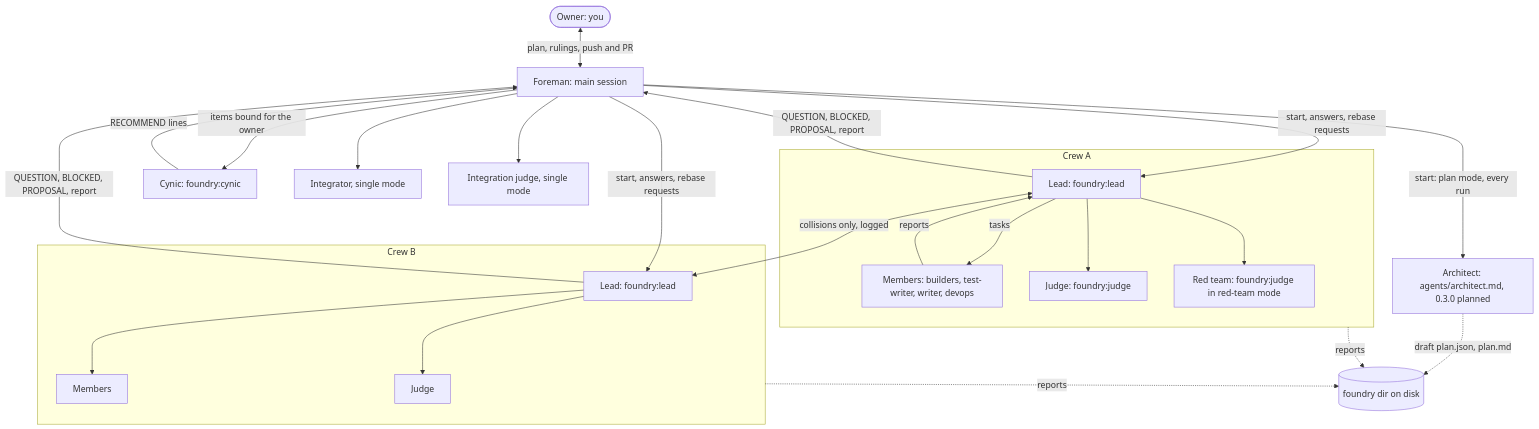
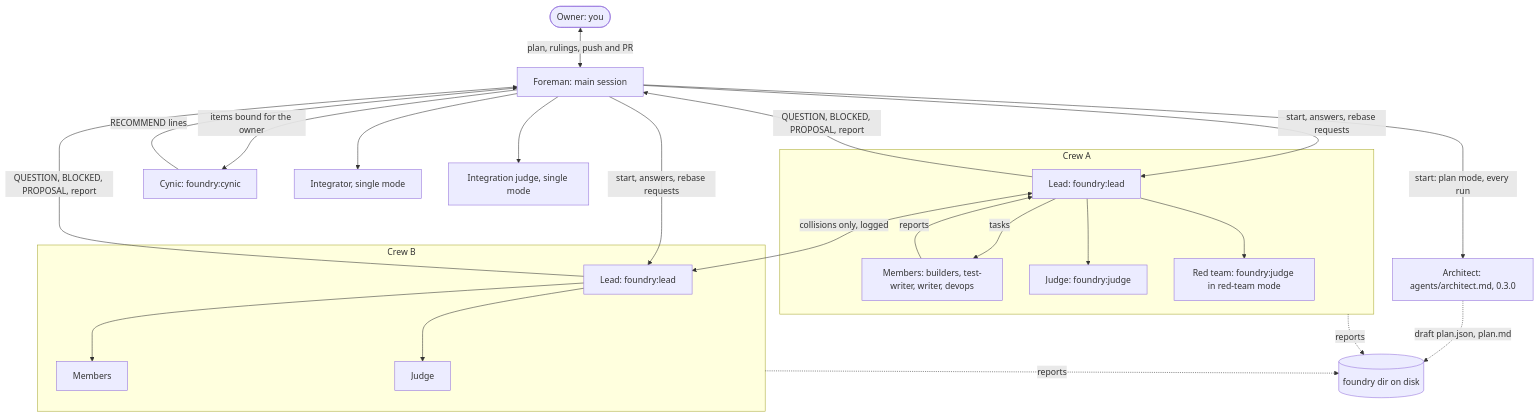
The diagram in docs/architecture.md (AbhiramDwivedi/truss), drawn with Mermaid before and after one commit. The commit also changed other lines of this file and 2 other files, not shown here.

First line of the commit message:
foundry docs: built plan gates, schema constraints, slug pattern, RFC 3339 approvedAt

````diff
--- a/docs/architecture.md
+++ b/docs/architecture.md
@@ -11,44 +11,44 @@
 ```mermaid
 flowchart TD
   owner([Owner: you])
   foreman[Foreman: main session]
   cynic[Cynic: foundry:cynic]
   integ[Integrator, single mode]
   ijudge[Integration judge, single mode]
   disk[(foundry dir on disk)]
-  arch[Architect: agents/architect.md, 0.3.0 planned]
+  arch[Architect: agents/architect.md, 0.3.0]
 
   subgraph crewA [Crew A]
     leadA[Lead: foundry:lead]
     memA[Members: builders, test-writer, writer, devops]
     judgeA[Judge: foundry:judge]
     redA[Red team: foundry:judge in red-team mode]
   end
 
   subgraph crewB [Crew B]
     leadB[Lead: foundry:lead]
     memB[Members]
     judgeB[Judge]
   end
 
   owner <-->|plan, rulings, push and PR| foreman
   foreman -->|items bound for the owner| cynic
   cynic -->|RECOMMEND lines| foreman
   foreman -->|start, answers, rebase requests| leadA
   foreman -->|start, answers, rebase requests| leadB
   leadA -->|QUESTION, BLOCKED, PROPOSAL, report| foreman
   leadB -->|QUESTION, BLOCKED, PROPOSAL, report| foreman
   leadA <-->|collisions only, logged| leadB
   leadA -->|tasks| memA
   memA -->|reports| leadA
   leadA --> redA
   leadA --> judgeA
   leadB --> memB
   leadB --> judgeB
   foreman --> integ
   foreman --> ijudge
   crewA -.->|reports| disk
   crewB -.->|reports| disk
   foreman -->|start: plan mode, every run| arch
   arch -.->|draft plan.json, plan.md| disk
 ```
````
